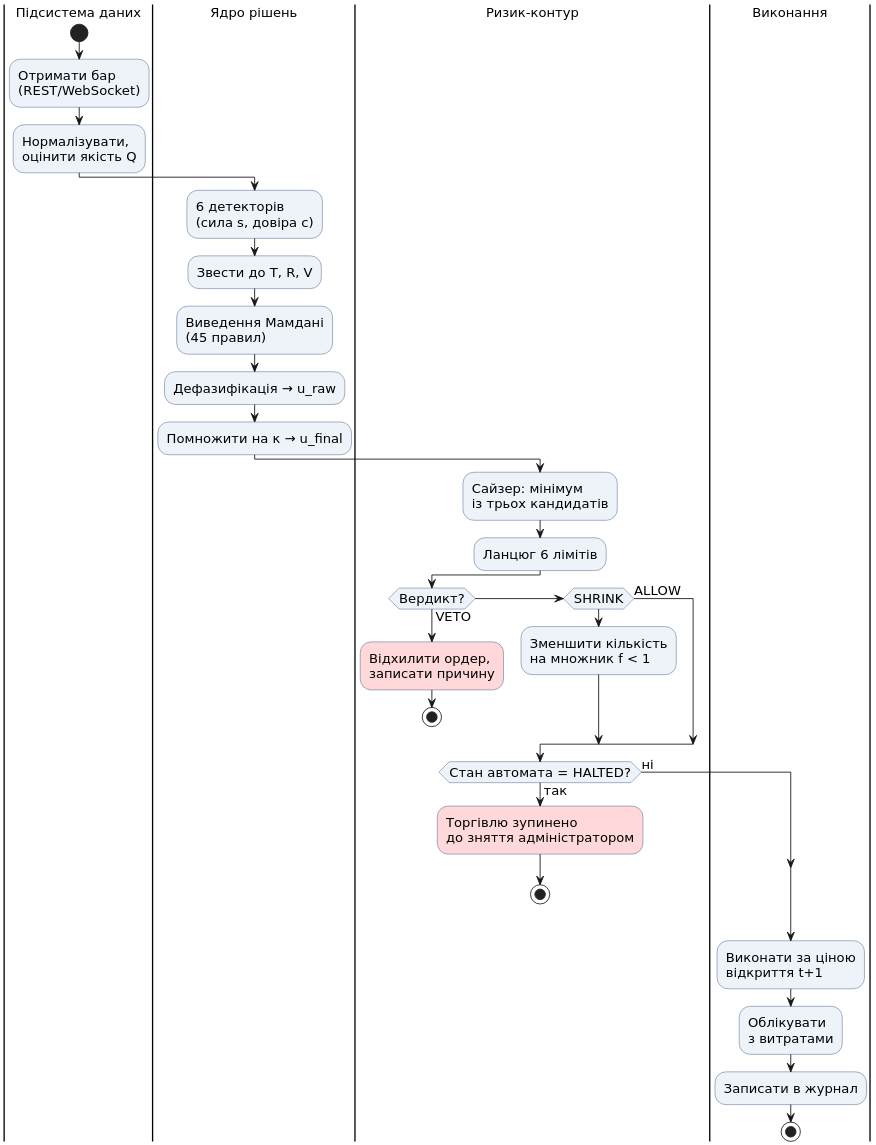
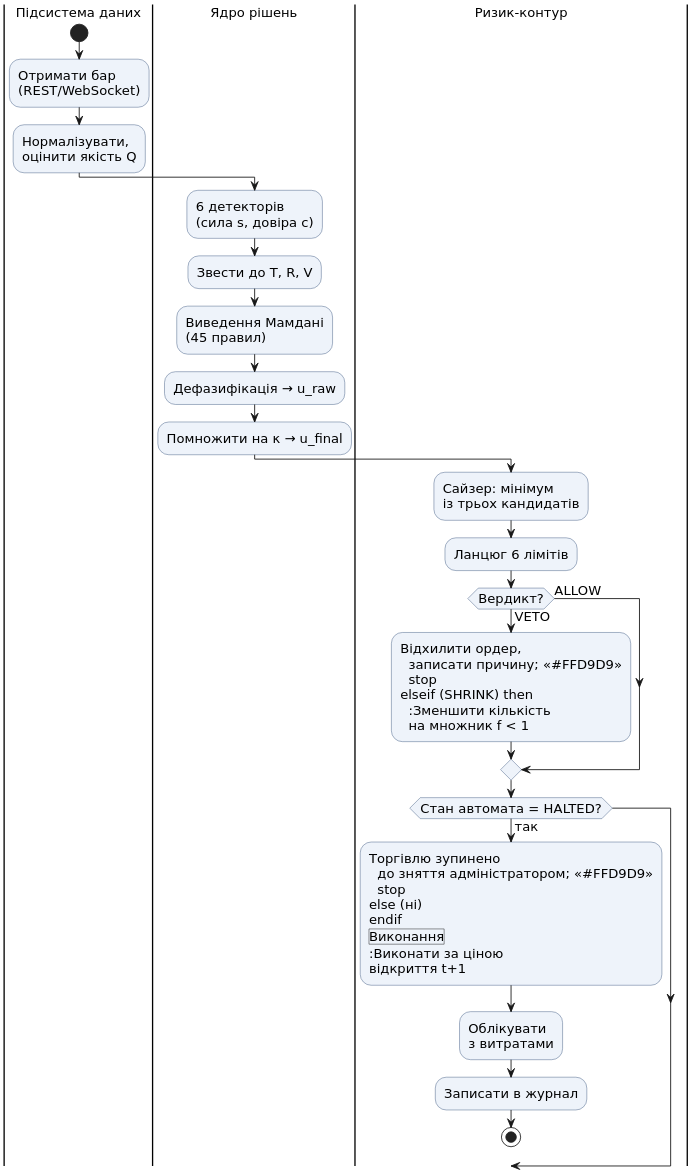
One commit to AndrZhuk/FuzzHelm changed the diagram in docs/diagrams/bpmn/to_be_automated.puml. Above: the diagram before and after it, drawn with PlantUML. The commit also changed 3 other files, not shown here.

Commit message:
BPMN diagrams: current activity-colour syntax (no deprecation banner in the image)

```diff
--- a/docs/diagrams/bpmn/to_be_automated.puml
+++ b/docs/diagrams/bpmn/to_be_automated.puml
@@ -1,52 +1,52 @@
 @startuml
 ' Модель «як має бути»: автоматизований конвеєр із ризик-контуром.
 ' Найменування: docs/diagrams/bpmn/to_be_automated.puml
 ' Призначення: контроль ризику — не етап перевірки, а властивість архітектури:
 '     жодна гілка не може збільшити експозицію. Звіт §2.1.
 ' Автор: Андрій Жук, 2026.
 skinparam dpi 200
 skinparam defaultFontName "DejaVu Sans"
 skinparam defaultFontSize 15
 skinparam activityBorderColor #33507A
 skinparam activityBackgroundColor #EEF3FA
 |Підсистема даних|
 start
 :Отримати бар
 (REST/WebSocket);
 :Нормалізувати,
 оцінити якість Q;
 |Ядро рішень|
 :6 детекторів
 (сила s, довіра c);
 :Звести до T, R, V;
 :Виведення Мамдані
 (45 правил);
 :Дефазифікація → u_raw;
 :Помножити на κ → u_final;
 |Ризик-контур|
 :Сайзер: мінімум
 із трьох кандидатів;
 :Ланцюг 6 лімітів;
 if (Вердикт?) then (VETO)
-  #FFD9D9:Відхилити ордер,
-  записати причину;
+  :Відхилити ордер,
+  записати причину; <<#FFD9D9>>
   stop
 elseif (SHRINK) then
   :Зменшити кількість
   на множник f < 1;
 else (ALLOW)
 endif
 if (Стан автомата = HALTED?) then (так)
-  #FFD9D9:Торгівлю зупинено
-  до зняття адміністратором;
+  :Торгівлю зупинено
+  до зняття адміністратором; <<#FFD9D9>>
   stop
 else (ні)
 endif
 |Виконання|
 :Виконати за ціною
 відкриття t+1;
 :Облікувати
 з витратами;
 :Записати в журнал;
 stop
 @enduml
```
